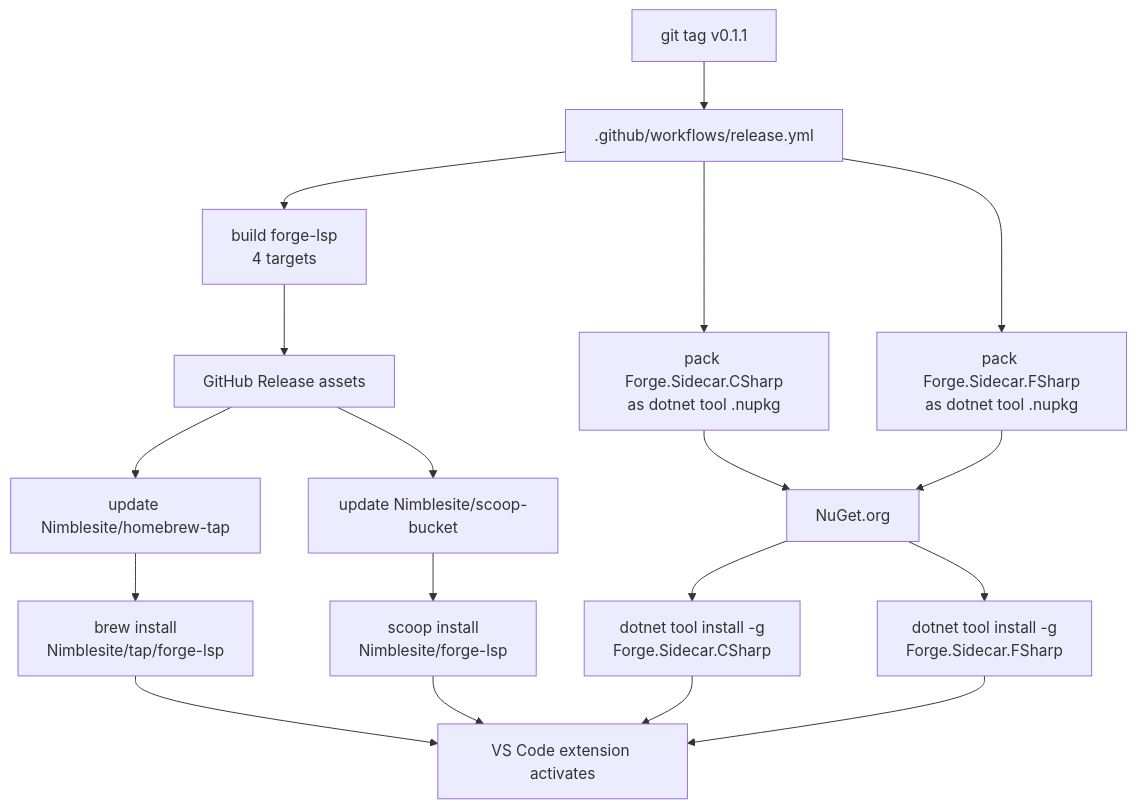
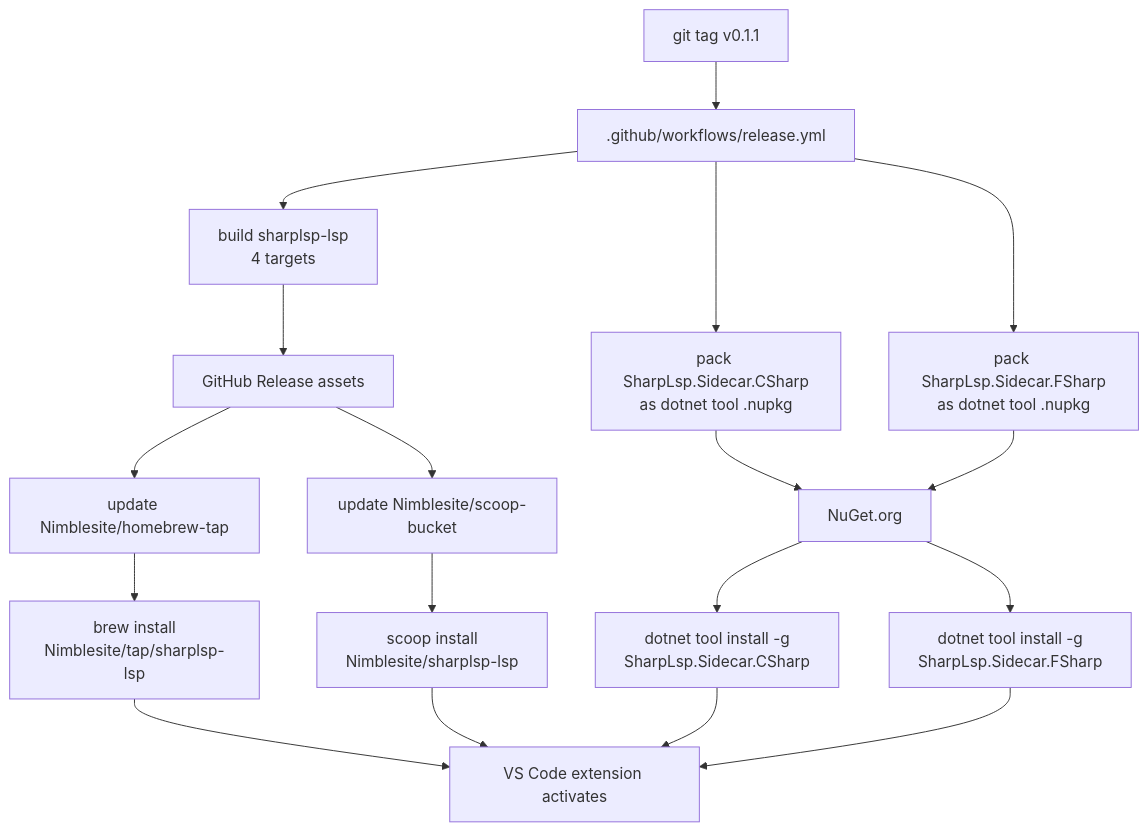
One commit to Nimblesite/SharpLsp changed the first of 2 diagrams in docs/specs/BINARY-DEPLOYMENT.md. Above: the diagram before and after it, drawn with Mermaid. The commit also changed other lines of this file and 279 other files, not shown here.

````diff
--- a/docs/specs/BINARY-DEPLOYMENT.md
+++ b/docs/specs/BINARY-DEPLOYMENT.md
@@ -35,17 +35,17 @@
 ```mermaid
 flowchart TD
     Tag["git tag v0.1.1"] --> Release[.github/workflows/release.yml]
-    Release --> BuildRust["build forge-lsp<br/>4 targets"]
-    Release --> PackCS["pack Forge.Sidecar.CSharp<br/>as dotnet tool .nupkg"]
-    Release --> PackFS["pack Forge.Sidecar.FSharp<br/>as dotnet tool .nupkg"]
+    Release --> BuildRust["build sharplsp-lsp<br/>4 targets"]
+    Release --> PackCS["pack SharpLsp.Sidecar.CSharp<br/>as dotnet tool .nupkg"]
+    Release --> PackFS["pack SharpLsp.Sidecar.FSharp<br/>as dotnet tool .nupkg"]
     BuildRust --> GH[GitHub Release assets]
     PackCS --> Nuget[NuGet.org]
     PackFS --> Nuget
     GH --> Brew[update Nimblesite/homebrew-tap]
     GH --> Scoop[update Nimblesite/scoop-bucket]
-    Brew --> UserBrew["brew install<br/>Nimblesite/tap/forge-lsp"]
-    Scoop --> UserScoop["scoop install<br/>Nimblesite/forge-lsp"]
-    Nuget --> UserCS["dotnet tool install -g<br/>Forge.Sidecar.CSharp"]
-    Nuget --> UserFS["dotnet tool install -g<br/>Forge.Sidecar.FSharp"]
+    Brew --> UserBrew["brew install<br/>Nimblesite/tap/sharplsp-lsp"]
+    Scoop --> UserScoop["scoop install<br/>Nimblesite/sharplsp-lsp"]
+    Nuget --> UserCS["dotnet tool install -g<br/>SharpLsp.Sidecar.CSharp"]
+    Nuget --> UserFS["dotnet tool install -g<br/>SharpLsp.Sidecar.FSharp"]
     UserBrew & UserScoop & UserCS & UserFS --> VSIX[VS Code extension activates]
 ```
````
